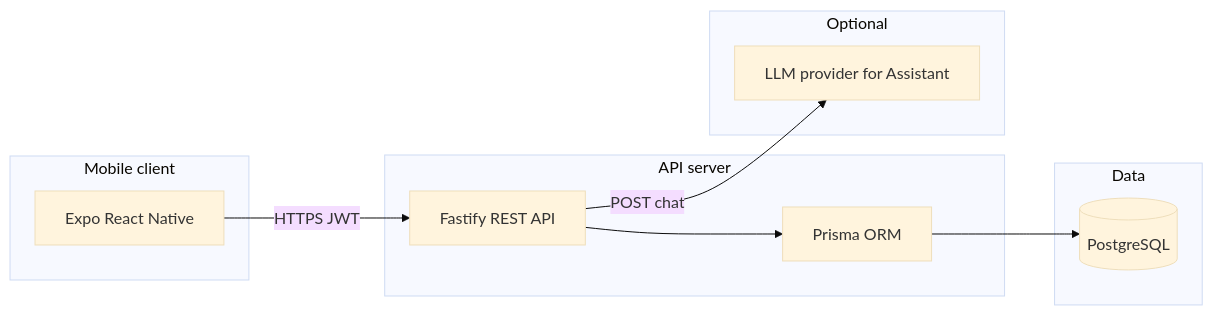
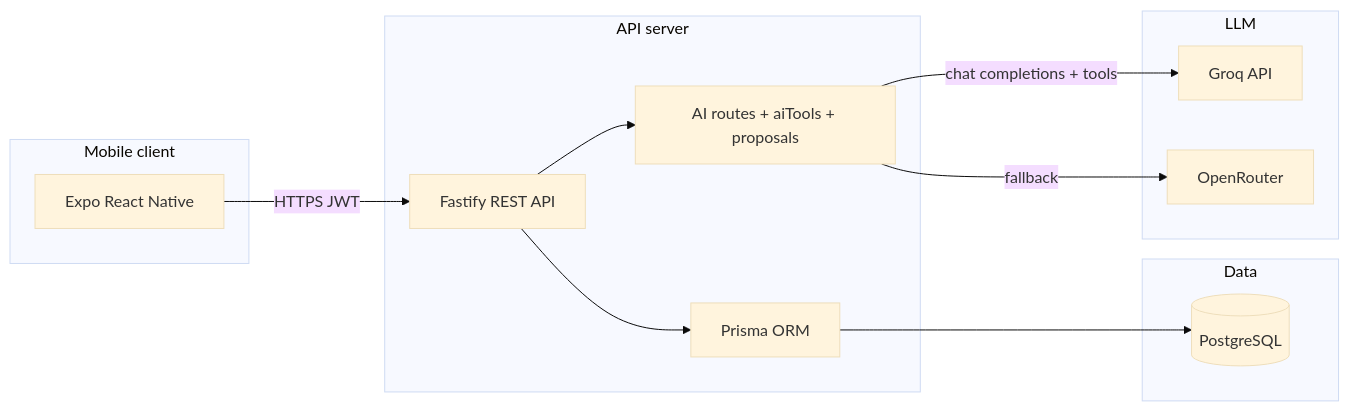
One commit to Edmon77/OpenClass-Hackathon-2026 changed the diagram in README.md. Above: the diagram before and after it, drawn with Mermaid (base theme). The commit also changed other lines of this file and 1 other file, not shown here.

````diff
--- a/README.md
+++ b/README.md
@@ -60,20 +68,24 @@
 ```mermaid
 flowchart LR
   subgraph client [Mobile client]
     Expo[Expo React Native]
   end
   subgraph server [API server]
     API[Fastify REST API]
     Prisma[Prisma ORM]
+    AI[AI routes + aiTools + proposals]
   end
   subgraph data [Data]
     PG[(PostgreSQL)]
   end
-  subgraph external [Optional]
-    LLM[LLM provider for Assistant]
+  subgraph external [LLM]
+    Groq[Groq API]
+    OR[OpenRouter]
   end
   Expo -->|HTTPS JWT| API
   API --> Prisma
   Prisma --> PG
-  API -->|POST chat| LLM
+  API --> AI
+  AI -->|chat completions + tools| Groq
+  AI -->|fallback| OR
 ```
````
